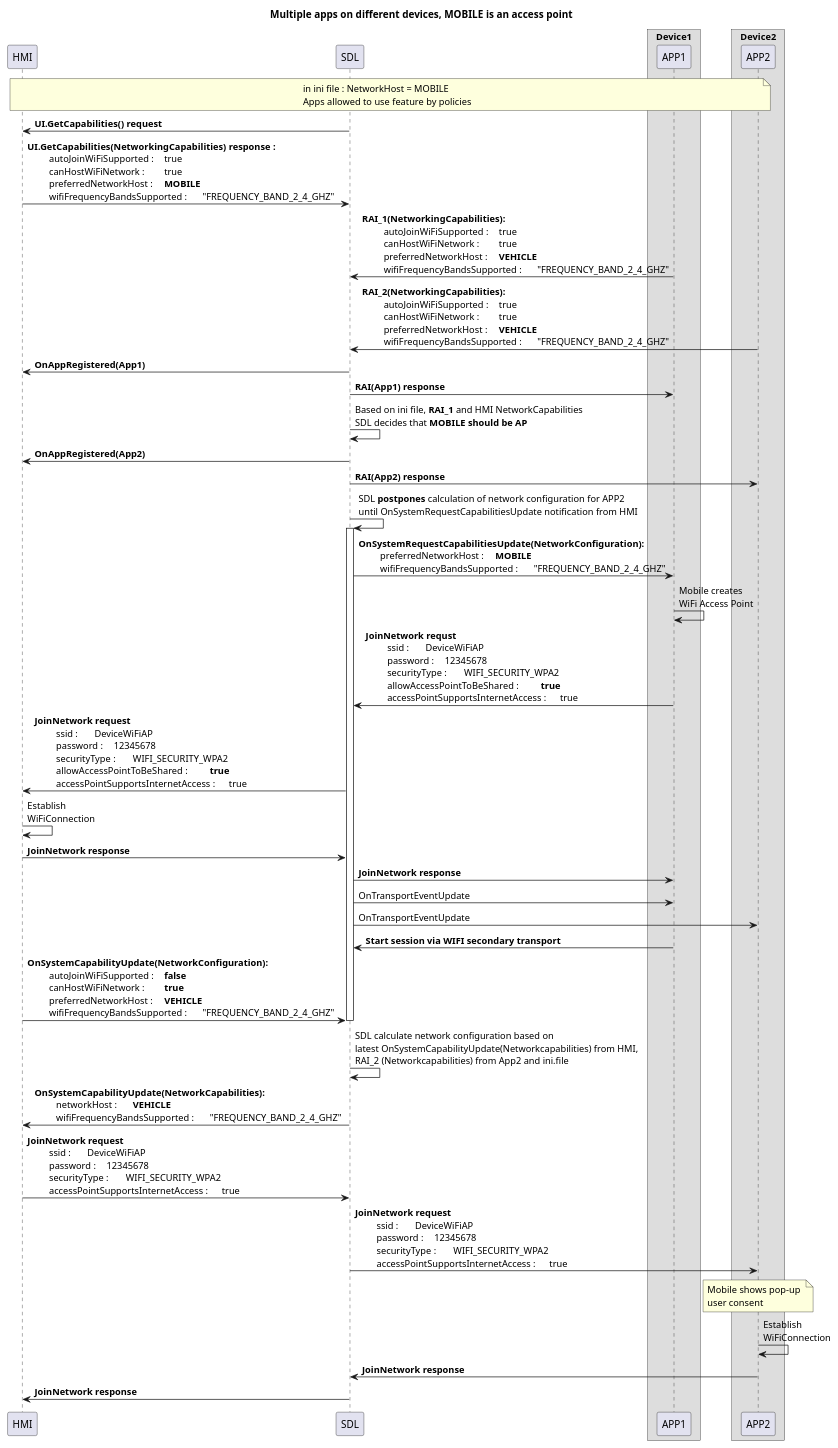
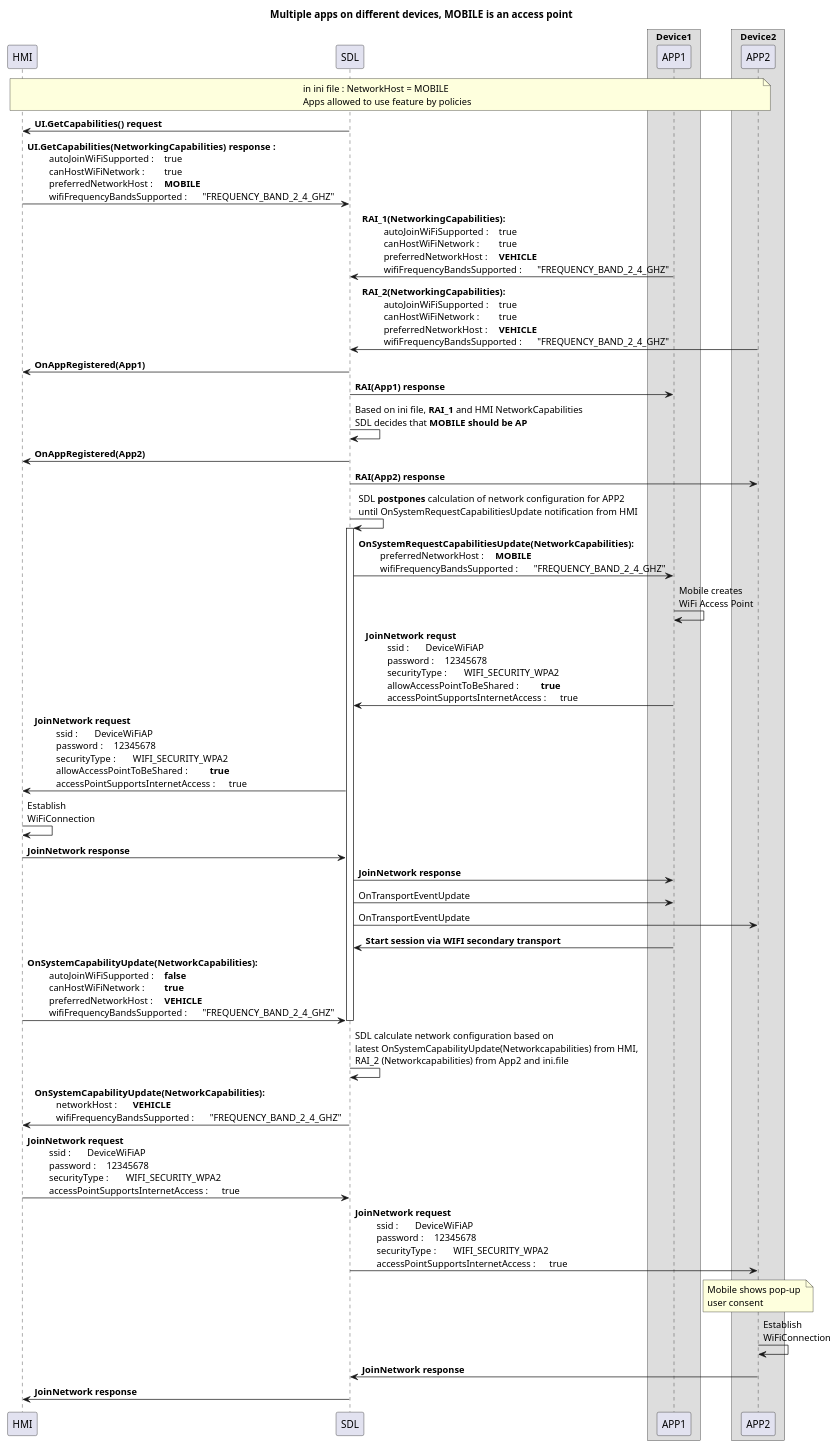
The diagram in assets/proposals/0245-sharing-wifi-ssid-and-password/mobile_access_point_multidev_externalhost.puml (smartdevicelink/sdl_evolution), drawn with PlantUML before and after one commit. The commit also changed 5 other files, not shown here.

Commit message:
Replace NetworkConfiguration to NetworkCapabilities

```diff
--- a/assets/proposals/0245-sharing-wifi-ssid-and-password/mobile_access_point_multidev_externalhost.puml
+++ b/assets/proposals/0245-sharing-wifi-ssid-and-password/mobile_access_point_multidev_externalhost.puml
@@ -1,119 +1,119 @@
 @startuml
 !pragma teoz true
 
 title Multiple apps on different devices, MOBILE is an access point
 participant HMI
 participant SDL
 box "Device1"
 participant APP1
 end box
 box "Device2"
 participant APP2
 end box
 
 note over HMI, APP2: in ini file : NetworkHost = MOBILE \n\
 Apps allowed to use feature by policies
 
 SDL -> HMI : <b>UI.GetCapabilities() request
 HMI -> SDL : <b>UI.GetCapabilities(NetworkingCapabilities) response : \n\
 \t autoJoinWiFiSupported : \t true \n\
 \t canHostWiFiNetwork : \t true \n\
 \t preferredNetworkHost : \t **MOBILE** \n\
 \t wifiFrequencyBandsSupported : \t "FREQUENCY_BAND_2_4_GHZ" 
 
 APP1 -> SDL : <b>RAI_1(NetworkingCapabilities): \n\
 \t autoJoinWiFiSupported : \t true \n\
 \t canHostWiFiNetwork : \t true \n\
 \t preferredNetworkHost : \t **VEHICLE** \n\
 \t wifiFrequencyBandsSupported : \t "FREQUENCY_BAND_2_4_GHZ" 
 
 APP2 -> SDL : <b>RAI_2(NetworkingCapabilities): \n\
 \t autoJoinWiFiSupported : \t true \n\
 \t canHostWiFiNetwork : \t true \n\
 \t preferredNetworkHost : \t **VEHICLE** \n\
 \t wifiFrequencyBandsSupported : \t "FREQUENCY_BAND_2_4_GHZ" 
 
 
 SDL -> HMI : <b>OnAppRegistered(App1) 
 SDL -> APP1 : <b>RAI(App1) response 
 
 SDL -> SDL : Based on ini file, **RAI_1** and HMI NetworkCapabilities\n\
 SDL decides that **MOBILE should be AP** 
 
 SDL -> HMI : <b>OnAppRegistered(App2) 
 SDL -> APP2 : <b>RAI(App2) response 
 
 SDL -> SDL : SDL **postpones** calculation of network configuration for APP2\n\
 until OnSystemRequestCapabilitiesUpdate notification from HMI
 activate SDL
 
-SDL -> APP1:  <b>OnSystemRequestCapabilitiesUpdate(NetworkConfiguration): \n\
+SDL -> APP1:  <b>OnSystemRequestCapabilitiesUpdate(NetworkCapabilities): \n\
 \t preferredNetworkHost : \t **MOBILE**\n\
 \t wifiFrequencyBandsSupported : \t "FREQUENCY_BAND_2_4_GHZ" 
 
 APP1 -> APP1 : Mobile creates \n\
 WiFi Access Point
 
 APP1 -> SDL: <b>JoinNetwork requst \n\
 \t ssid : \t DeviceWiFiAP \n\
 \t password : \t 12345678 \n\
 \t securityType : \t WIFI_SECURITY_WPA2 \n\
 \t allowAccessPointToBeShared : \t **true** \n\
 \t accessPointSupportsInternetAccess : \t true
 
 SDL -> HMI: <b>JoinNetwork request \n\
 \t ssid : \t DeviceWiFiAP \n\
 \t password : \t 12345678 \n\
 \t securityType : \t WIFI_SECURITY_WPA2 \n\
 \t allowAccessPointToBeShared : \t **true** \n\
 \t accessPointSupportsInternetAccess : \t true
 
 HMI -> HMI : Establish \n\
 WiFiConnection
 
 HMI -> SDL : <b>JoinNetwork response
 SDL -> APP1 : <b>JoinNetwork response
 
 SDL-> APP1 : OnTransportEventUpdate
 SDL-> APP2 : OnTransportEventUpdate
 APP1 -> SDL : <b>Start session via WIFI secondary transport
 
-HMI -> SDL:  <b>OnSystemCapabilityUpdate(NetworkConfiguration): \n\
+HMI -> SDL:  <b>OnSystemCapabilityUpdate(NetworkCapabilities): \n\
 \t autoJoinWiFiSupported : \t **false** \n\
 \t canHostWiFiNetwork : \t **true**  \n\
 \t preferredNetworkHost : \t **VEHICLE** \n\
 \t wifiFrequencyBandsSupported : \t "FREQUENCY_BAND_2_4_GHZ" 
 
 deactivate SDL
  
 SDL -> SDL : SDL calculate network configuration based on \n\
 latest OnSystemCapabilityUpdate(Networkcapabilities) from HMI, \n\
 RAI_2 (Networkcapabilities) from App2 and ini.file
 
 
 SDL -> HMI:  <b>OnSystemCapabilityUpdate(NetworkCapabilities): \n\
 \t networkHost : \t **VEHICLE** \n\
 \t wifiFrequencyBandsSupported : \t "FREQUENCY_BAND_2_4_GHZ" 
 
 HMI -> SDL: <b>JoinNetwork request \n\
 \t ssid : \t DeviceWiFiAP \n\
 \t password : \t 12345678 \n\
 \t securityType : \t WIFI_SECURITY_WPA2 \n\
 \t accessPointSupportsInternetAccess : \t true
 
 SDL -> APP2: <b>JoinNetwork request\n\
 \t ssid : \t DeviceWiFiAP \n\
 \t password : \t 12345678 \n\
 \t securityType : \t WIFI_SECURITY_WPA2 \n\
 \t accessPointSupportsInternetAccess : \t true
 
 note over APP2: Mobile shows pop-up \n\
 user consent 
 
 APP2 -> APP2 : Establish \n\
 WiFiConnection
 
 APP2 -> SDL : <b>JoinNetwork response
 SDL -> HMI : <b>JoinNetwork response
 
 @enduml
```
